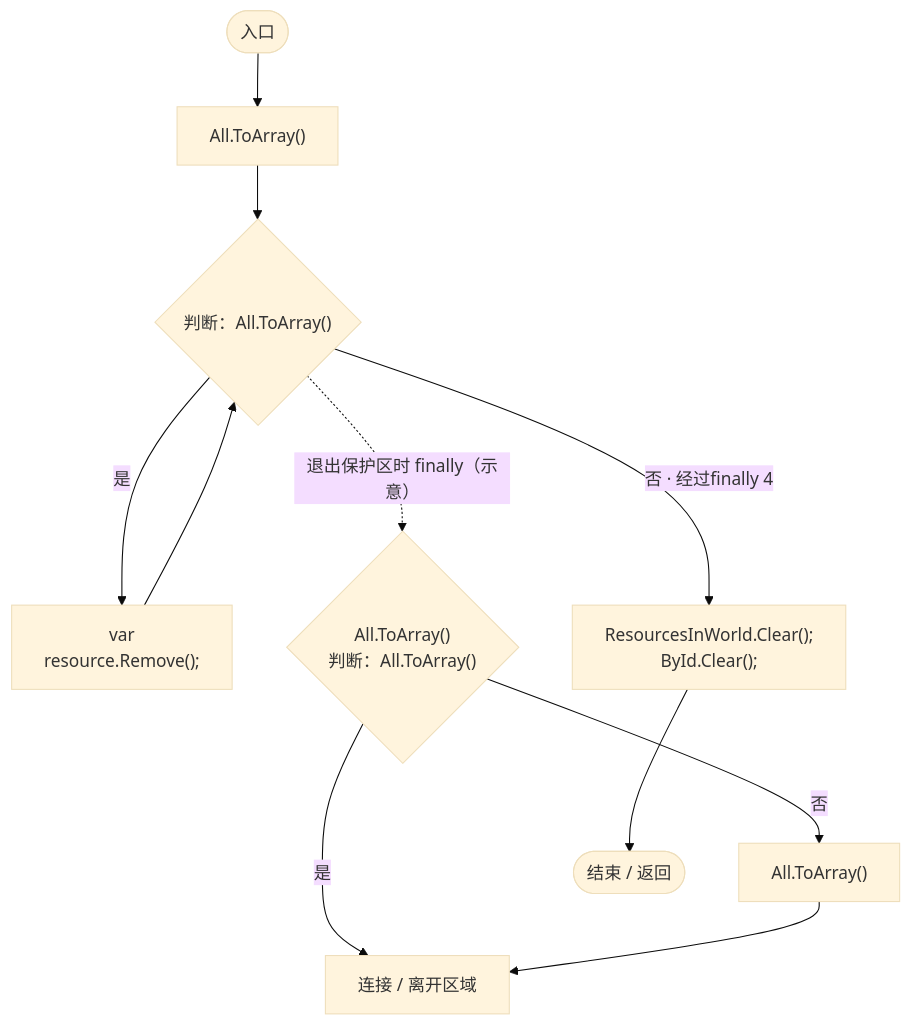
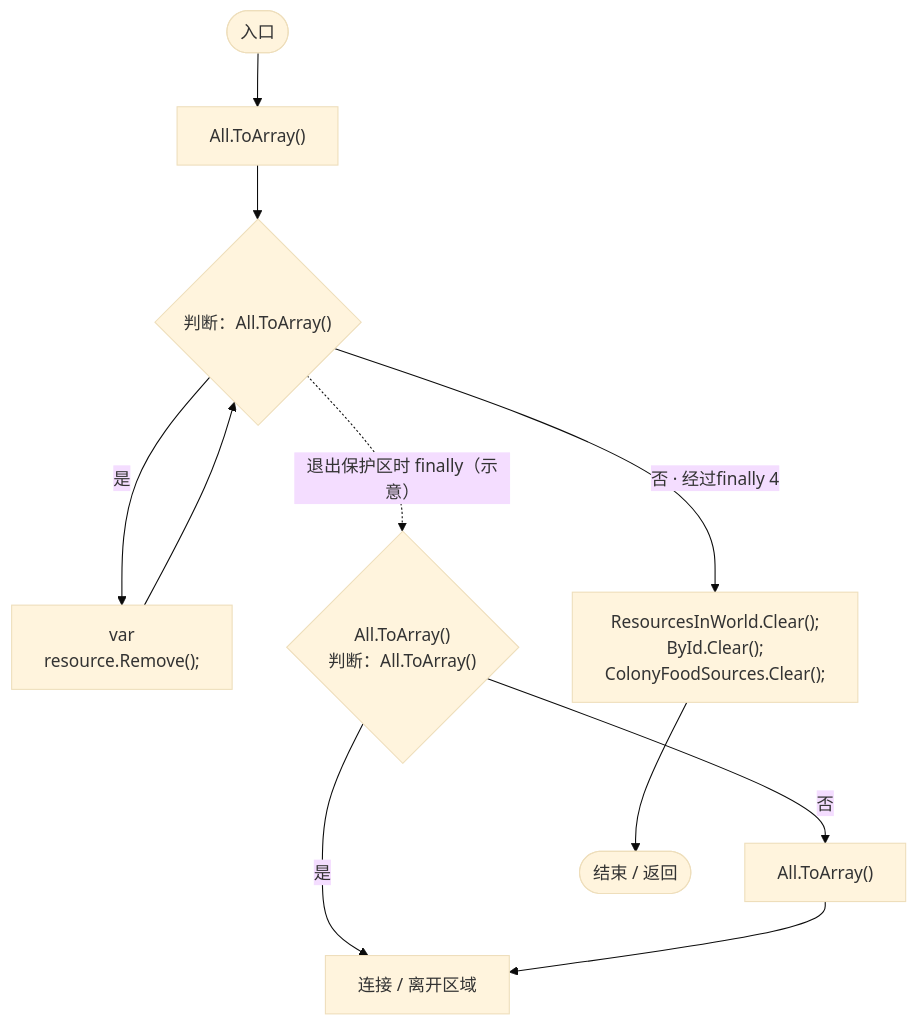
Before and after one commit to xhs6666/Darwin_paradise: diagram 20 of 21 in Docs/运行流程图/脚本/293dbaecfff4b585.md, drawn with Mermaid (base theme). The commit also changed other lines of this file and 114 other files, not shown here.

Commit message:
fix: restore colony food access and document simulation hotspots

````diff
--- a/Docs/运行流程图/脚本/293dbaecfff4b585.md
+++ b/Docs/运行流程图/脚本/293dbaecfff4b585.md
@@ -722,23 +676,23 @@
 ```mermaid
 flowchart TD
   b0(["入口"])
   b1["All.ToArray()"]
   b2{"判断：All.ToArray()"}
   b3["var<br/>resource.Remove();"]
   b4{"All.ToArray()<br/>判断：All.ToArray()"}
   b5["All.ToArray()"]
   b6["连接 / 离开区域"]
-  b7["ResourcesInWorld.Clear();<br/>ById.Clear();"]
+  b7["ResourcesInWorld.Clear();<br/>ById.Clear();<br/>ColonyFoodSources.Clear();"]
   b8(["结束 / 返回"])
   b0 --> b1
   b1 --> b2
   b2 -->|"是"| b3
   b2 -->|"否 · 经过finally 4"| b7
   b3 --> b2
   b4 -->|"否"| b5
   b4 -->|"是"| b6
   b5 --> b6
   b7 --> b8
   b2 -. "退出保护区时 finally（示意）" .-> b4
 
 ```
````
